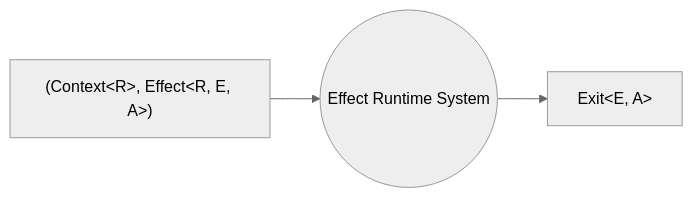
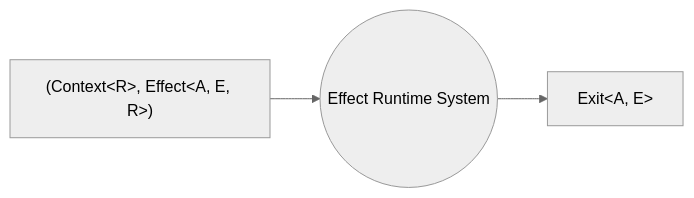
One commit to Effect-TS/website changed the diagram in mmd/runtime.mmd. Above: the diagram before and after it, drawn with Mermaid (neutral theme). The commit also changed 1 other file, not shown here.

Commit message:
fix mermaid diagram in guides/runtime, closes #564

```diff
--- a/mmd/runtime.mmd
+++ b/mmd/runtime.mmd
@@ -1,3 +1,3 @@
 flowchart LR
-  effect["(Context&lt;R&gt;, Effect&lt;R, E, A&gt;)"] --> runtime(("Effect Runtime System"))
-  runtime --> exit["Exit&lt;E, A&gt;"]
+  effect["(Context&lt;R&gt;, Effect&lt;A, E, R&gt;)"] --> runtime(("Effect Runtime System"))
+  runtime --> exit["Exit&lt;A, E&gt;"]
```
